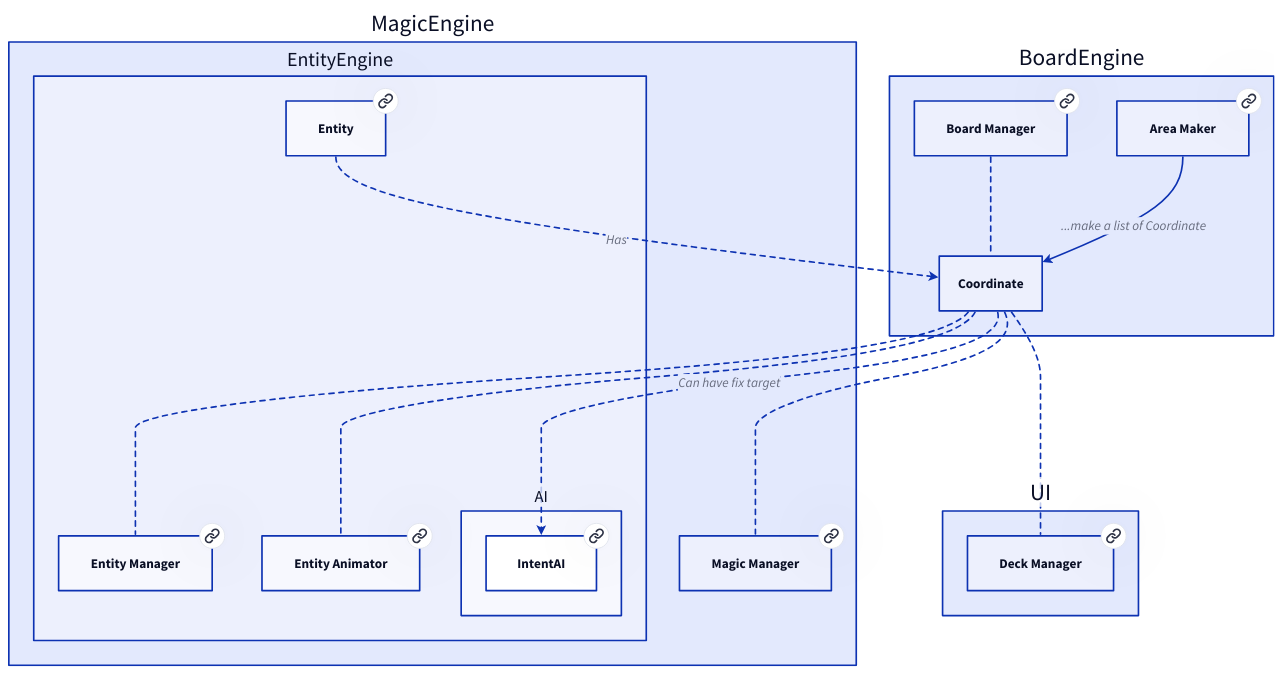
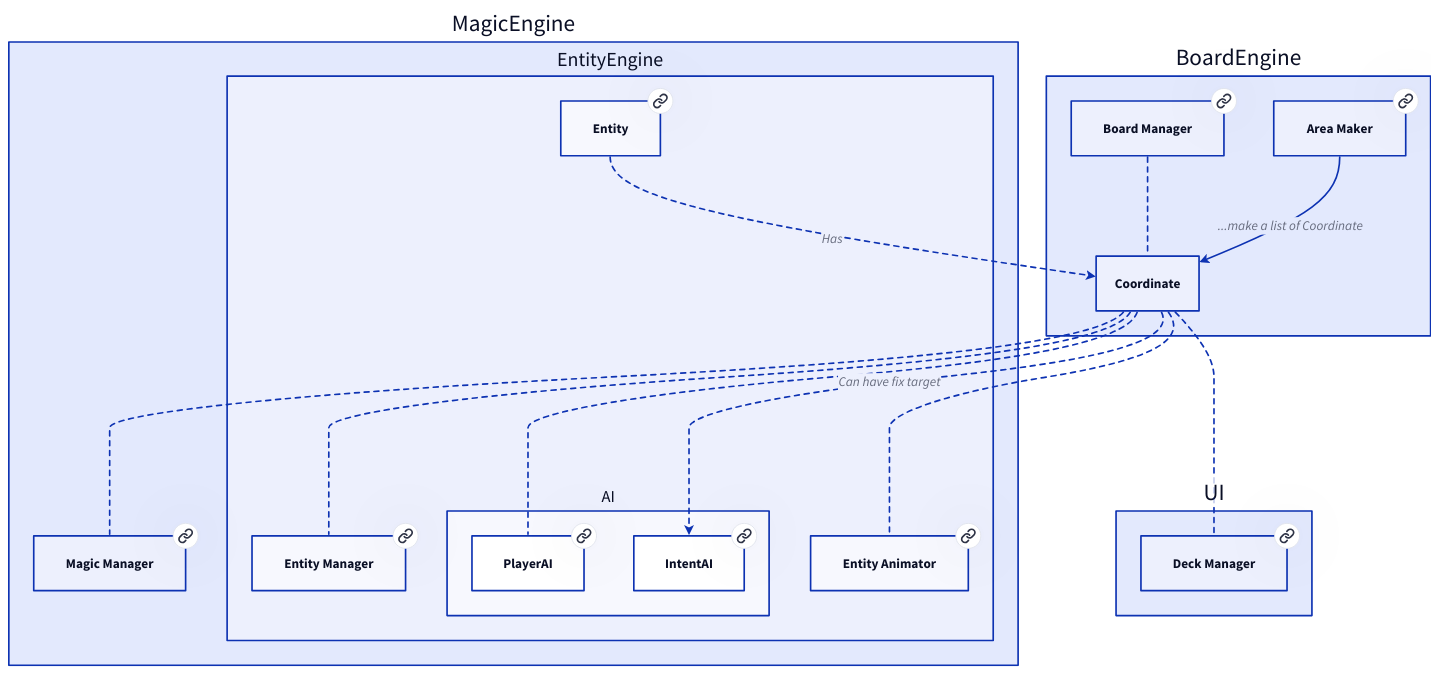
The diagram in doc/BoardEngine/Coordinate.md (Portevent/Brume-Documentation), drawn with D2 before and after one commit. The commit also changed 92 other files, not shown here.

````diff
--- a/doc/BoardEngine/Coordinate.md
+++ b/doc/BoardEngine/Coordinate.md
@@ -10,57 +10,61 @@
 ```d2
 # Nodes :
 BoardEngine: {
+    AreaMaker: Area Maker {
+       link: AreaMaker
+    }
     BoardManager: Board Manager {
        link: BoardManager
     }
-    AreaMaker: Area Maker {
-       link: AreaMaker
+}
+MagicEngine: {
+    MagicManager: Magic Manager {
+       link: MagicManager
+    }
+    EntityEngine: {
+        EntityManager: Entity Manager {
+           link: EntityManager
+        }
+        AI: {
+            PlayerAI: PlayerAI {
+               link: PlayerAI
+            }
+            IntentAI: IntentAI {
+               link: IntentAI
+            }
+        }
+        EntityAnimator: Entity Animator {
+           link: EntityAnimator
+        }
+        Entity: Entity {
+           link: Entity
+        }
     }
 }
 UI: {
     DeckManager: Deck Manager {
        link: DeckManager
     }
 }
-MagicEngine: {
-    EntityEngine: {
-        EntityManager: Entity Manager {
-           link: EntityManager
-        }
-        EntityAnimator: Entity Animator {
-           link: EntityAnimator
-        }
-        Entity: Entity {
-           link: Entity
-        }
-        AI: {
-            IntentAI: IntentAI {
-               link: IntentAI
-            }
-        }
-    }
-    MagicManager: Magic Manager {
-       link: MagicManager
-    }
-}
 
 # Links :
+BoardEngine.Coordinate -- MagicEngine.MagicManager: {style.stroke-dash: 3}
+BoardEngine.Coordinate -- MagicEngine.EntityEngine.EntityManager: {style.stroke-dash: 3}
+BoardEngine.Coordinate -- MagicEngine.EntityEngine.AI.PlayerAI: {style.stroke-dash: 3}
+BoardEngine.Coordinate -- MagicEngine.EntityEngine.EntityAnimator: {style.stroke-dash: 3}
 BoardEngine.Coordinate -- UI.DeckManager: {style.stroke-dash: 3}
-BoardEngine.Coordinate -- MagicEngine.EntityEngine.EntityManager: {style.stroke-dash: 3}
-BoardEngine.Coordinate -- MagicEngine.EntityEngine.EntityAnimator: {style.stroke-dash: 3}
-BoardEngine.Coordinate -- MagicEngine.MagicManager: {style.stroke-dash: 3}
 BoardEngine.BoardManager -- BoardEngine.Coordinate: {style.stroke-dash: 3}
 BoardEngine.AreaMaker -> BoardEngine.Coordinate: ...make a list of Coordinate {
+source-arrowhead: {}
+target-arrowhead: {shape: arrow}
+}
+BoardEngine.Coordinate -> MagicEngine.EntityEngine.AI.IntentAI: Can have fix target {style.stroke-dash: 3
 source-arrowhead: {}
 target-arrowhead: {shape: arrow}
 }
 MagicEngine.EntityEngine.Entity -> BoardEngine.Coordinate: Has {style.stroke-dash: 3
 source-arrowhead: {}
 target-arrowhead: {shape: arrow}
 }
-BoardEngine.Coordinate -> MagicEngine.EntityEngine.AI.IntentAI: Can have fix target {style.stroke-dash: 3
-source-arrowhead: {}
-target-arrowhead: {shape: arrow}
-}
 
 ```
````
